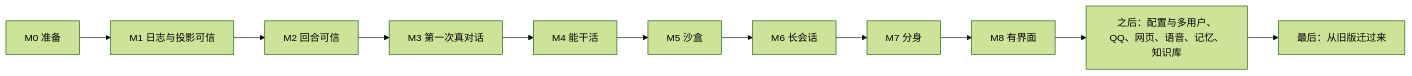
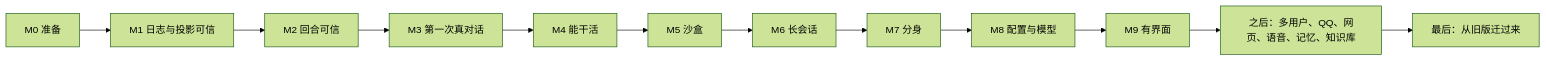
The diagram in docs/construction/README.md (SHORiN-KiWATA/miyu-agent-remake), drawn with Mermaid (forest theme) before and after one commit. The commit also changed other lines of this file, not shown here.

````diff
--- a/docs/construction/README.md
+++ b/docs/construction/README.md
@@ -27,7 +27,7 @@
 ```mermaid
 flowchart LR
     m0["M0 准备"] --> m1["M1 日志与投影可信"] --> m2["M2 回合可信"] --> m3["M3 第一次真对话"]
-    m3 --> m4["M4 能干活"] --> m5["M5 沙盒"] --> m6["M6 长会话"] --> m7["M7 分身"] --> m8["M8 有界面"]
-    m8 --> later["之后：配置与多用户、QQ、网页、语音、记忆、知识库"]
+    m3 --> m4["M4 能干活"] --> m5["M5 沙盒"] --> m6["M6 长会话"] --> m7["M7 分身"] --> m8["M8 配置与模型"] --> m9["M9 有界面"]
+    m9 --> later["之后：多用户、QQ、网页、语音、记忆、知识库"]
     later --> migrate["最后：从旧版迁过来"]
 ```
````
